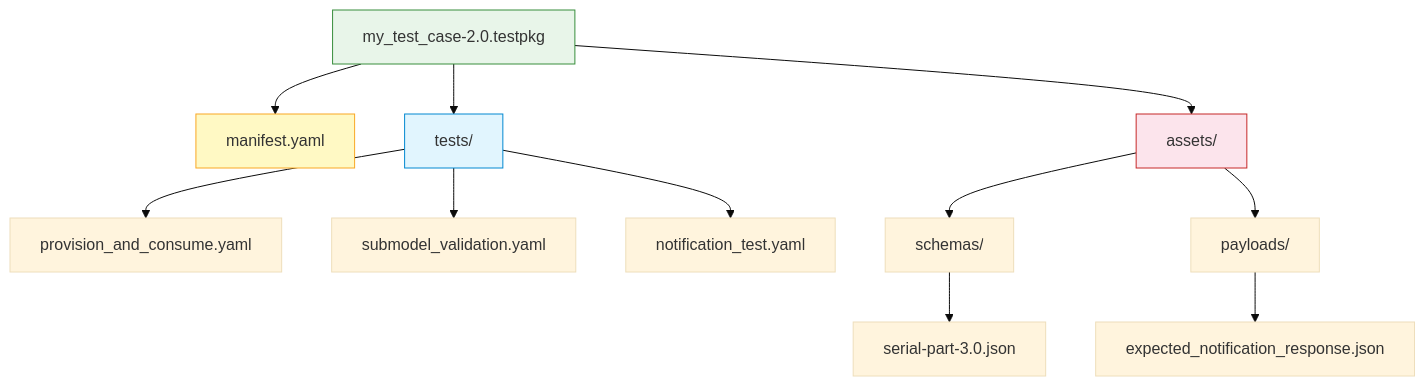
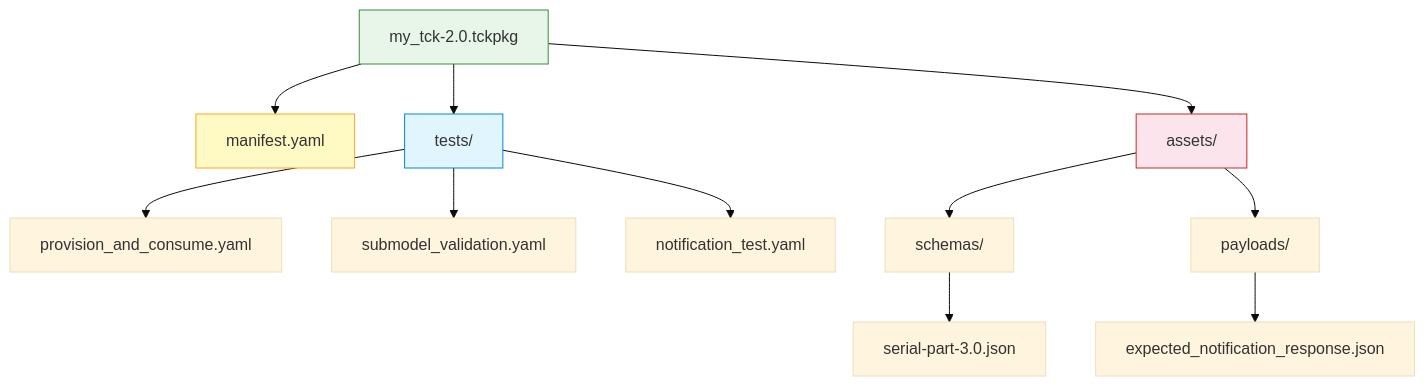
Before and after one commit to tudorfrincu1/tractusx-testlab: the second of 4 diagrams in docs/specification/reference/package-format.md, drawn with Mermaid (base theme). The commit also changed other lines of this file and 144 other files, not shown here.

First line of the commit message:
Refactor TestLab to use TCK terminology and implement SSE streaming for job events

````diff
--- a/docs/specification/reference/package-format.md
+++ b/docs/specification/reference/package-format.md
@@ -68,22 +68,22 @@
 ```mermaid
 graph TD
-    PKG["my_test_case-2.0.testpkg"]
+    PKG["my_tck-2.0.tckpkg"]
     PKG --> MAN["manifest.yaml"]
     PKG --> SCRIPTS["tests/"]
     PKG --> ASSETS["assets/"]
 
     SCRIPTS --> S1["provision_and_consume.yaml"]
     SCRIPTS --> S2["submodel_validation.yaml"]
     SCRIPTS --> S3["notification_test.yaml"]
 
     ASSETS --> SCHEMAS["schemas/"]
     ASSETS --> PAYLOADS["payloads/"]
 
     SCHEMAS --> SC1["serial-part-3.0.json"]
     PAYLOADS --> PL1["expected_notification_response.json"]
 
     style PKG fill:#e8f5e9,stroke:#388e3c
     style MAN fill:#fff9c4,stroke:#f9a825
     style SCRIPTS fill:#e1f5fe,stroke:#0288d1
     style ASSETS fill:#fce4ec,stroke:#c62828
 ```
````
